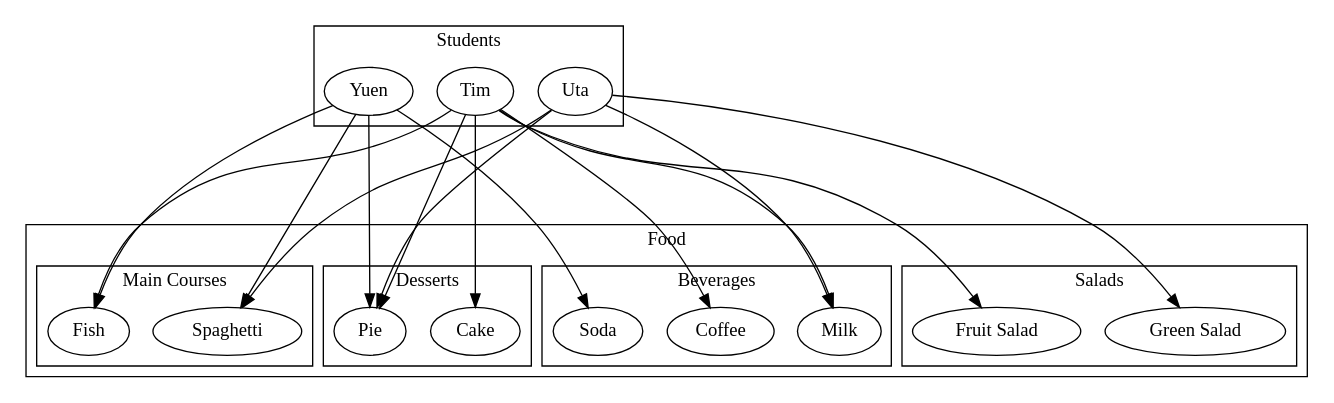
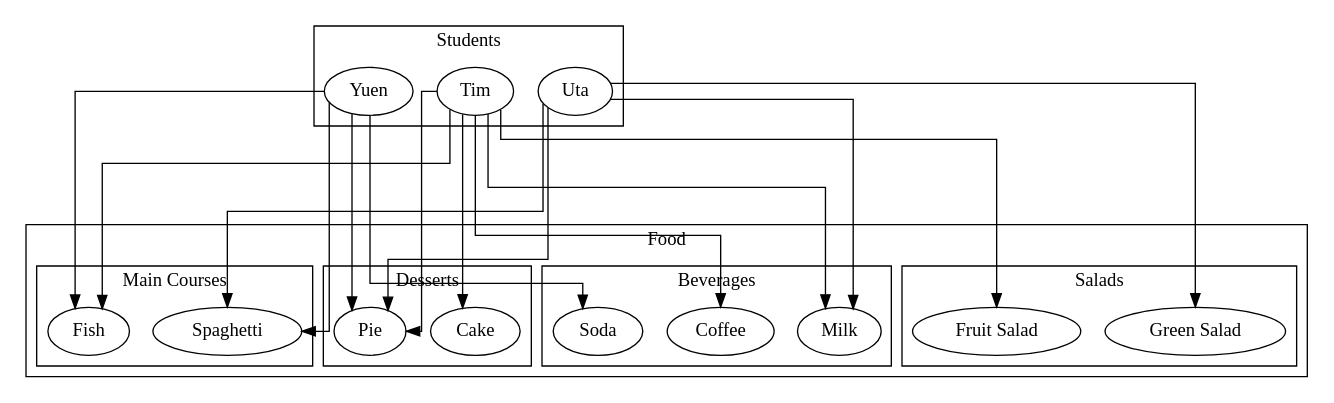
One commit to tnichols217/notes changed the diagram in CSDS 302 - Discrete Math/HW/3.md. Above: the diagram before and after it, drawn with Graphviz.

Commit message:
vault backup: 2024-01-27 17:57:58

````diff
--- a/CSDS 302 - Discrete Math/HW/3.md
+++ b/CSDS 302 - Discrete Math/HW/3.md
@@ -141,44 +141,45 @@
 ```dot
 digraph {
+	splines=ortho
 	ranksep=2
 	subgraph {
 		label=Students
 		cluster=true
 		a [label=Uta]
 		b [label=Tim]
 		c [label=Yuen]
 	}
 	subgraph {
 		label=Food
 		cluster=true
 		subgraph {
 			label=Salads
 			cluster=true
 			A [label="Green Salad"]
 			B [label="Fruit Salad"]
 		}
 		subgraph {
 			label="Main Courses"
 			cluster=true
 			C [label="Spaghetti"]
 			D [label="Fish"]
 		}
 		subgraph {
 			label="Desserts"
 			cluster=true
 			E [label="Pie"]
 			F [label="Cake"]
 		}
 		subgraph {
 			label="Beverages"
 			cluster=true
 			G [label="Milk"]
 			H [label="Soda"]
 			I [label="Coffee"]
 		}
 	}
 	a->{ A C E G }
 	b->{ B D E F G I }
 	c->{ C D E H }
 }
 ```
````
